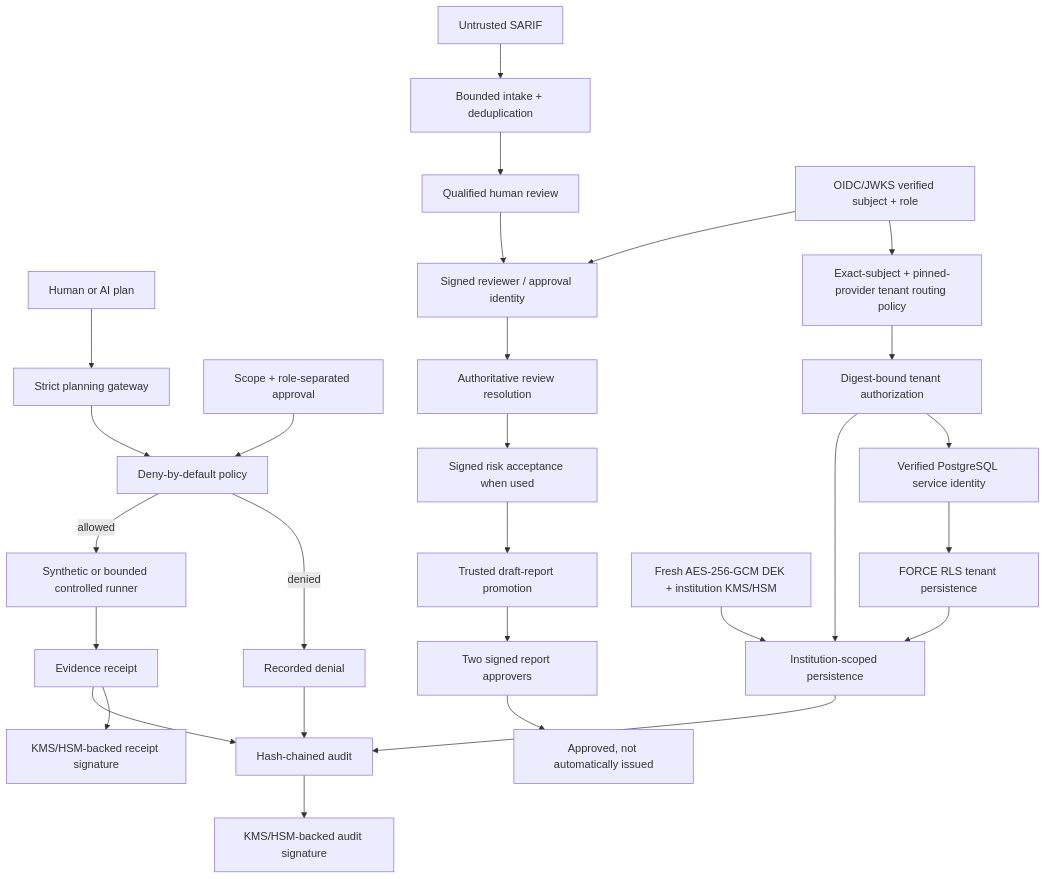
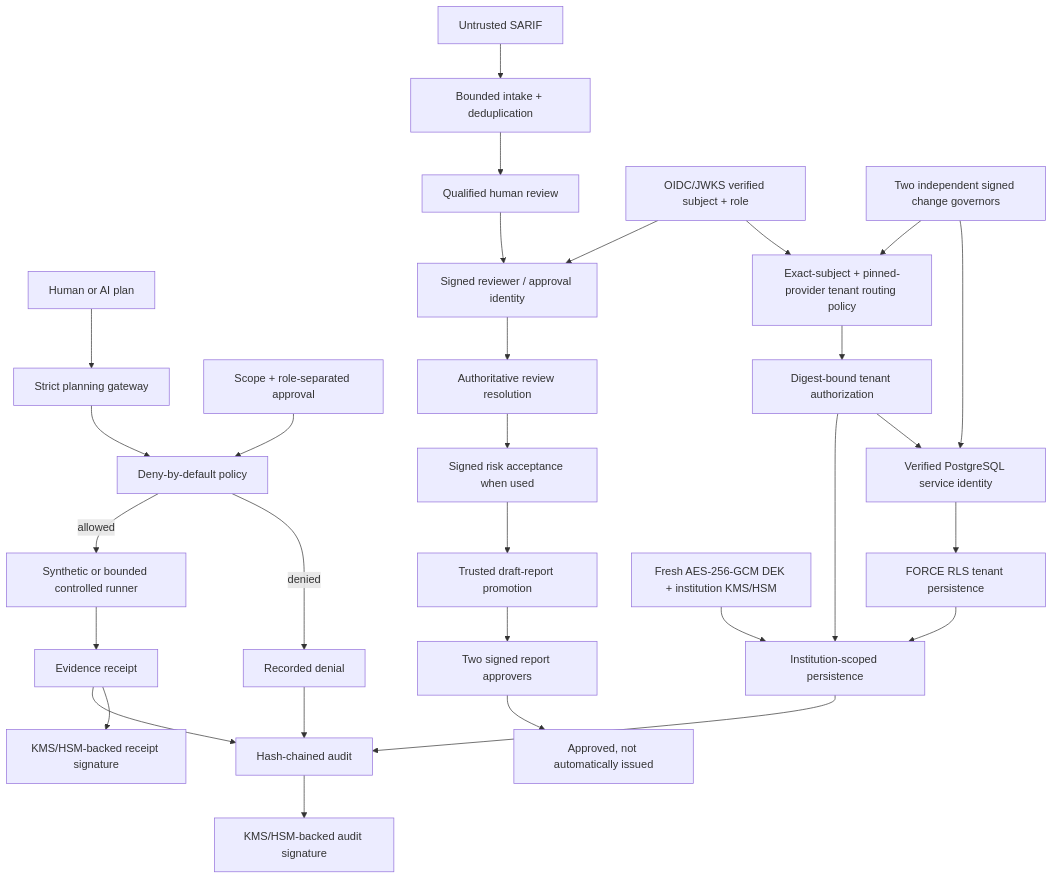
Before and after one commit to bilgekayali/finredops: the diagram in README.md, drawn with Mermaid. The commit also changed other lines of this file and 17 other files, not shown here.

````diff
--- a/README.md
+++ b/README.md
@@ -48,30 +48,32 @@
 ```mermaid
 flowchart TD
     A["Human or AI plan"] --> B["Strict planning gateway"]
     B --> C["Deny-by-default policy"]
     D["Scope + role-separated approval"] --> C
     C -->|allowed| E["Synthetic or bounded controlled runner"]
     C -->|denied| F["Recorded denial"]
     E --> G["Evidence receipt"]
     F --> H["Hash-chained audit"]
     G --> H
     I["Untrusted SARIF"] --> J["Bounded intake + deduplication"]
     J --> K["Qualified human review"]
     O["OIDC/JWKS verified subject + role"] --> L["Signed reviewer / approval identity"]
     K --> L
     L --> N["Authoritative review resolution"]
     N --> R["Signed risk acceptance when used"]
     R --> M["Trusted draft-report promotion"]
     M --> P["Two signed report approvers"]
     P --> Q["Approved, not automatically issued"]
     O --> W["Exact-subject + pinned-provider tenant routing policy"]
+    CC["Two independent signed change governors"] --> W
     W --> X["Digest-bound tenant authorization"]
     X --> S["Institution-scoped persistence"]
     X --> Y["Verified PostgreSQL service identity"]
+    CC --> Y
     Y --> Z["FORCE RLS tenant persistence"]
     Z --> S
     S --> H
     T["Fresh AES-256-GCM DEK + institution KMS/HSM"] --> S
     H --> U["KMS/HSM-backed audit signature"]
     G --> V["KMS/HSM-backed receipt signature"]
 ```
````
